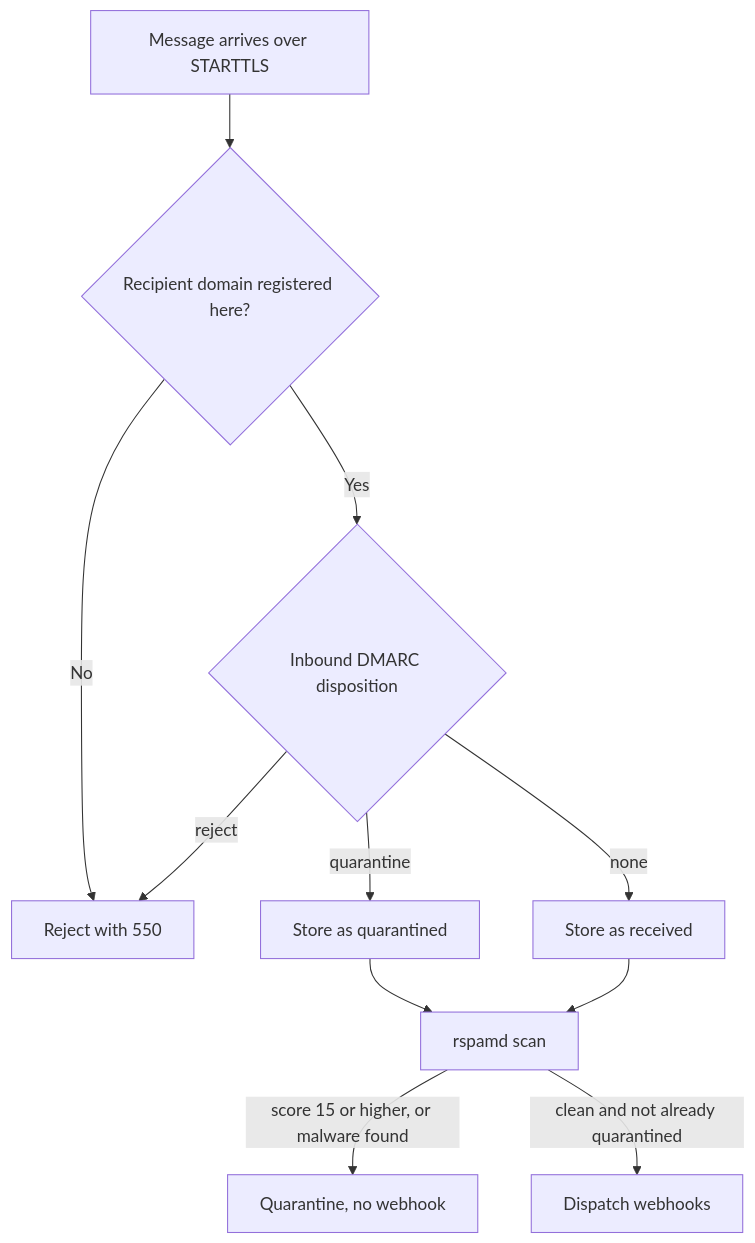
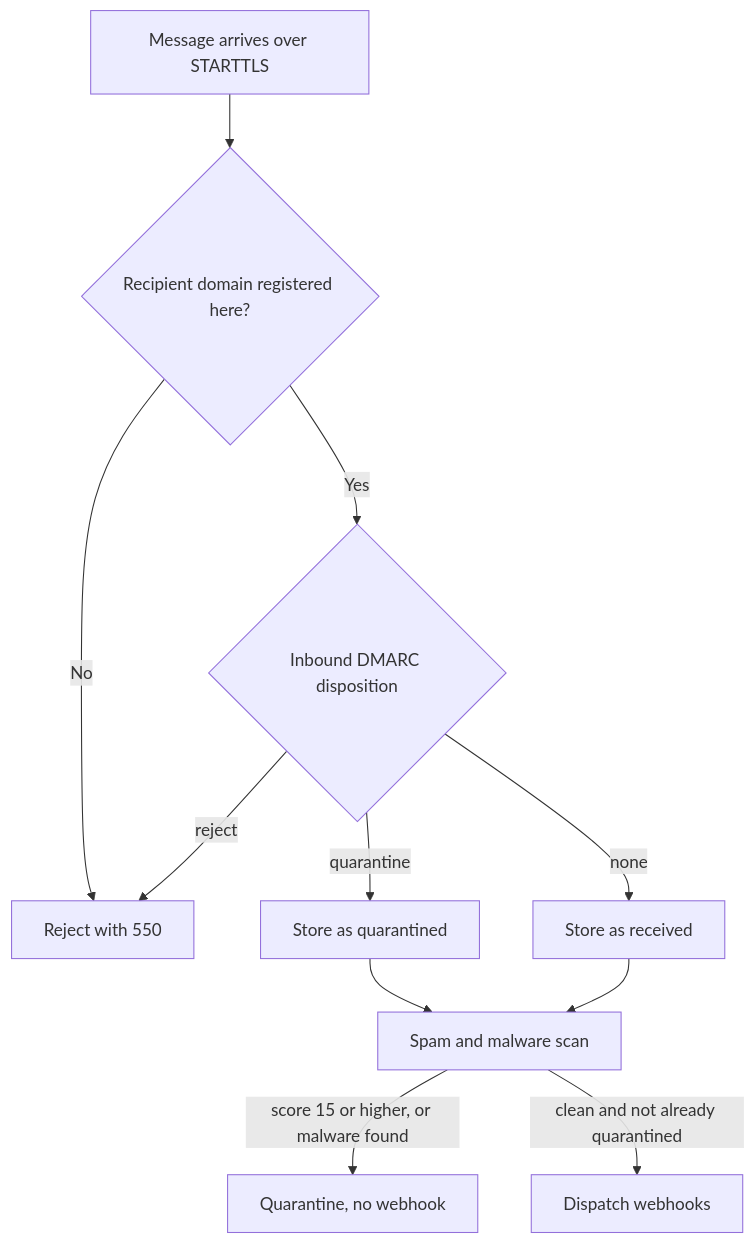
Before and after one commit to codingjoe/relay: the diagram in docs/docs/security.md, drawn with Mermaid. The commit also changed 6 other files, not shown here.

````diff
--- a/docs/docs/security.md
+++ b/docs/docs/security.md
@@ -90,13 +90,13 @@
 ```mermaid
 flowchart TD
     A[Message arrives over STARTTLS] --> B{Recipient domain registered here?}
     B -- No --> C[Reject with 550]
     B -- Yes --> D{Inbound DMARC disposition}
     D -- reject --> C
     D -- quarantine --> E[Store as quarantined]
     D -- none --> F[Store as received]
-    E --> G[rspamd scan]
+    E --> G[Spam and malware scan]
     F --> G
     G -- score 15 or higher, or malware found --> H[Quarantine, no webhook]
     G -- clean and not already quarantined --> I[Dispatch webhooks]
 ```
````
